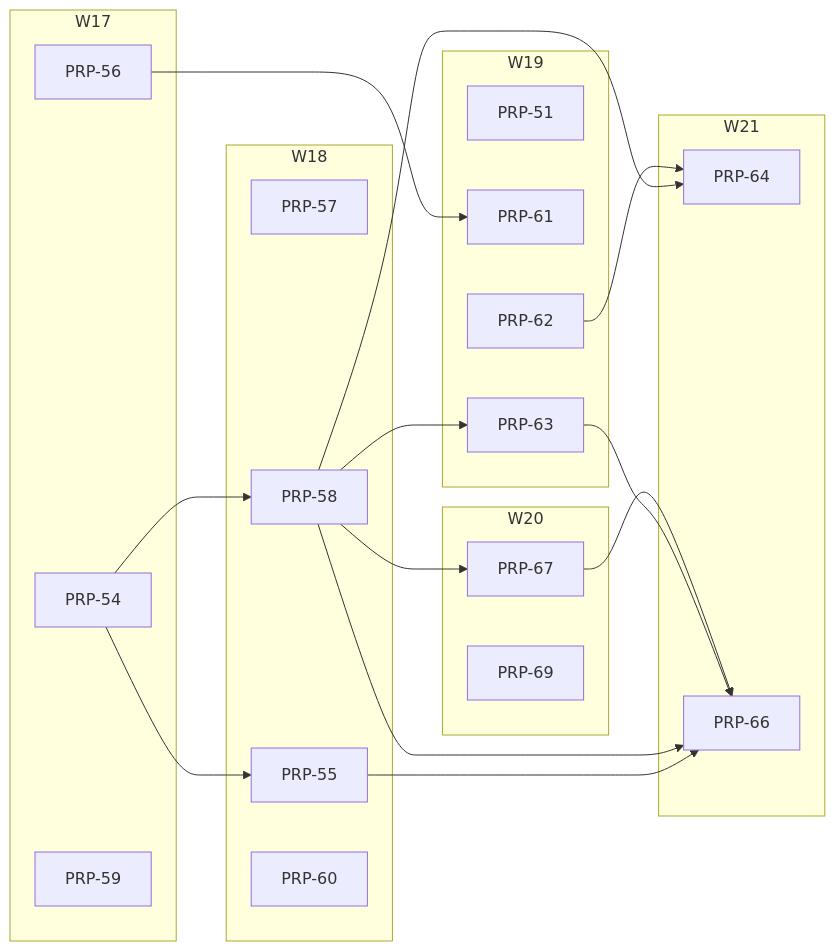
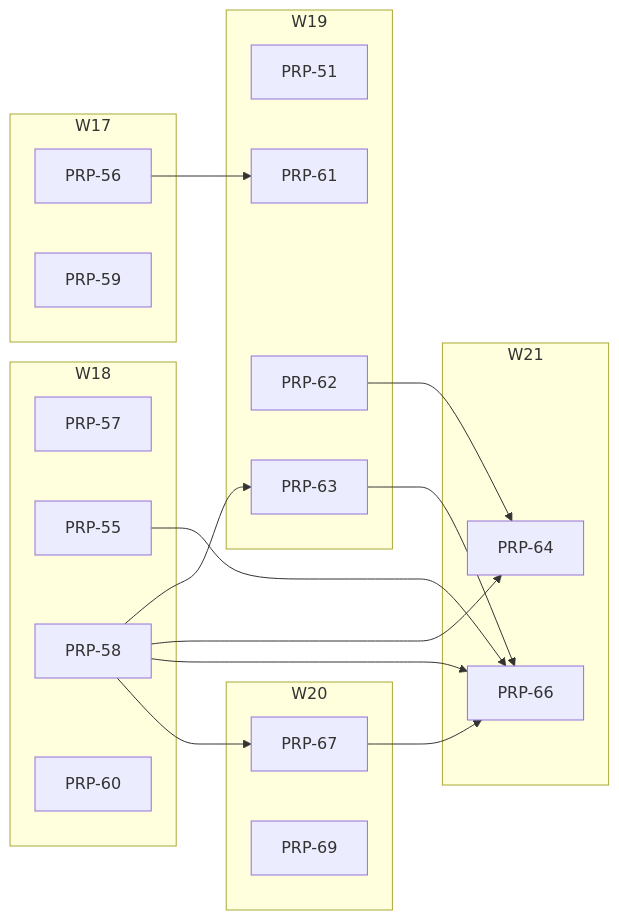
One commit to fgarofalo56/neurosphere changed the diagram in PRPs/EXECUTION-PLAN.md. Above: the diagram before and after it, drawn with Mermaid. The commit also changed other lines of this file and 10 other files, not shown here.

````diff
--- a/PRPs/EXECUTION-PLAN.md
+++ b/PRPs/EXECUTION-PLAN.md
@@ -107,39 +106,36 @@
 ```mermaid
 flowchart LR
   subgraph W17
-    P54["PRP-54"]
     P56["PRP-56"]
     P59["PRP-59"]
   end
   subgraph W18
     P57["PRP-57"]
     P55["PRP-55"]
     P58["PRP-58"]
     P60["PRP-60"]
   end
   subgraph W19
     P51["PRP-51"]
     P61["PRP-61"]
     P62["PRP-62"]
     P63["PRP-63"]
   end
   subgraph W20
     P67["PRP-67"]
     P69["PRP-69"]
   end
   subgraph W21
     P64["PRP-64"]
     P66["PRP-66"]
   end
-  P54 --> P55
-  P54 --> P58
   P56 --> P61
   P58 --> P63
   P58 --> P64
   P62 --> P64
   P55 --> P66
   P58 --> P66
   P63 --> P66
   P67 --> P66
   P58 --> P67
 ```
````
